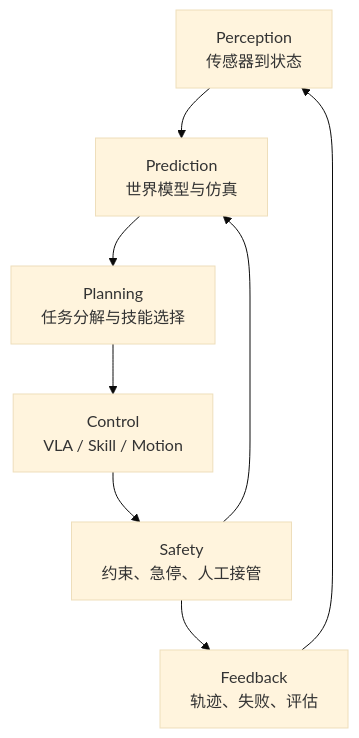
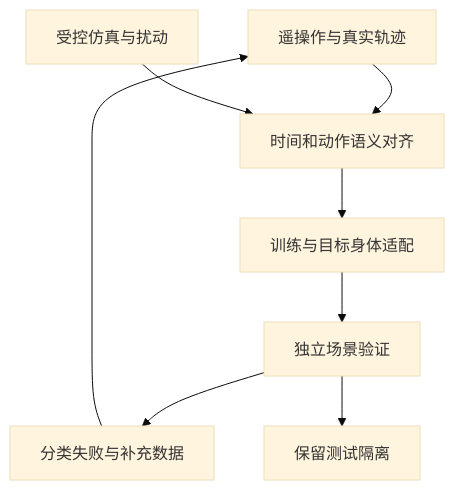
Before and after one commit to wxquare/wxquare.github.io: the fifth of 6 diagrams in books/ai-book/src/part1/07-world-models-embodied-ai.md, drawn with Mermaid (base theme). The commit also changed other lines of this file and 6 other files, not shown here.

Commit message:
docs(ai-book): expand chapters 4–7 and refine diagrams

````diff
--- a/books/ai-book/src/part1/07-world-models-embodied-ai.md
+++ b/books/ai-book/src/part1/07-world-models-embodied-ai.md
@@ -110,10 +313,10 @@
 ```mermaid
 flowchart TD
-    A["Perception<br/>传感器到状态"] --> B["Prediction<br/>世界模型与仿真"]
-    B --> C["Planning<br/>任务分解与技能选择"]
-    C --> D["Control<br/>VLA / Skill / Motion"]
-    D --> E["Safety<br/>约束、急停、人工接管"]
-    E --> F["Feedback<br/>轨迹、失败、评估"]
-    F --> A
-    E --> B
+ A["遥操作与真实轨迹"] --> B["时间和动作语义对齐"]
+ C["受控仿真与扰动"] --> B
+ B --> D["训练与目标身体适配"]
+ D --> E["独立场景验证"]
+ E --> F["分类失败与补充数据"]
+ F --> A
+ E --> G["保留测试隔离"]
 ```
````
